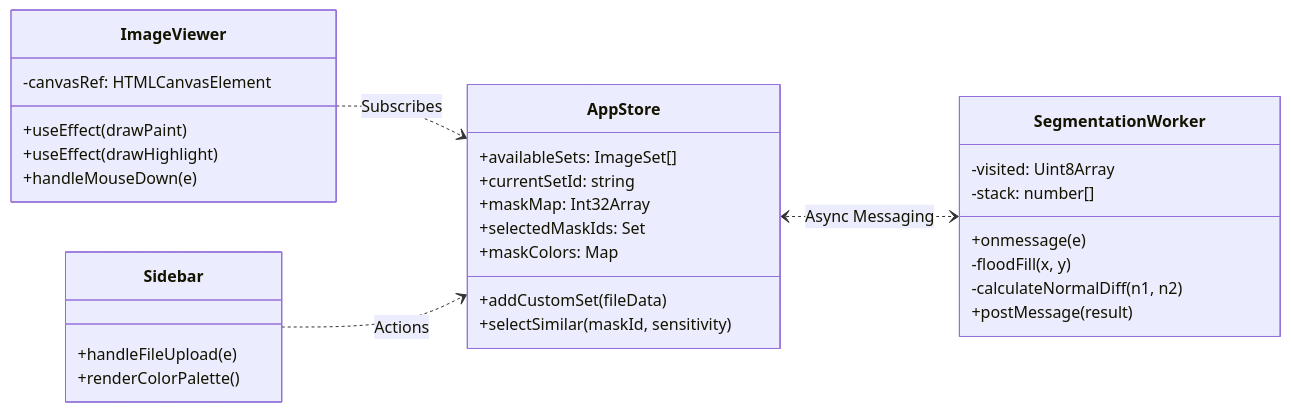
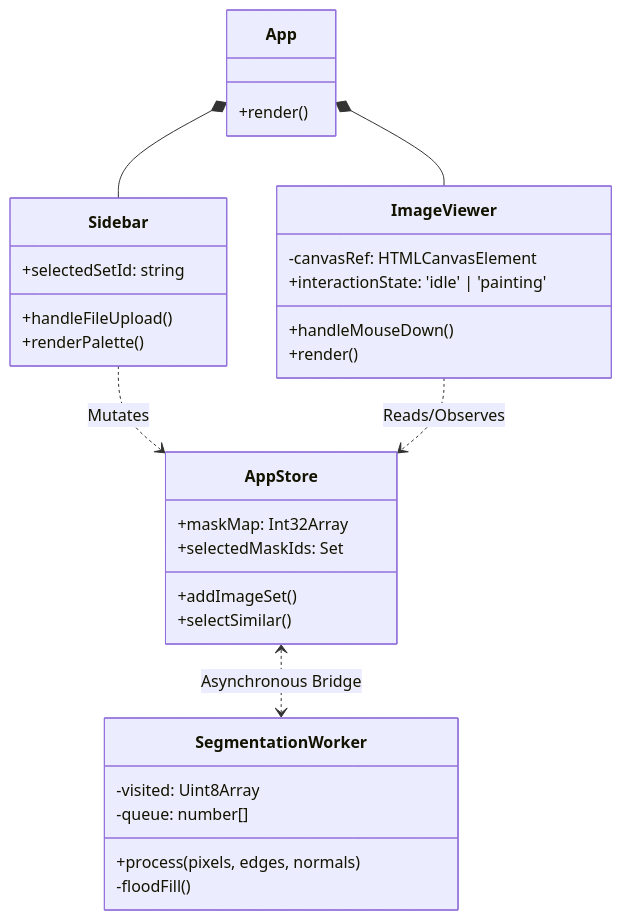
One commit to AbhinavGontu/ColorCraftInteractive changed the second of 6 diagrams in documentation.md. Above: the diagram before and after it, drawn with Mermaid. The commit also changed other lines of this file, not shown here.

````diff
--- a/documentation.md
+++ b/documentation.md
@@ -54,38 +66,39 @@
 ```mermaid
 classDiagram
-    direction LR
+    direction TB
+    %% Core View Components
+    class App {
+        +render()
+    }
+    class Sidebar {
+        +selectedSetId: string
+        +handleFileUpload()
+        +renderPalette()
+    }
+    class ImageViewer {
+        -canvasRef: HTMLCanvasElement
+        +interactionState: 'idle' | 'painting'
+        +handleMouseDown()
+        +render()
+    }
+    
+    %% Logic & State
     class AppStore {
-        +availableSets: ImageSet[]
-        +currentSetId: string
         +maskMap: Int32Array
         +selectedMaskIds: Set<number>
-        +maskColors: Map<number, string>
-        +addCustomSet(fileData)
-        +selectSimilar(maskId, sensitivity)
+        +addImageSet()
+        +selectSimilar()
+    }
+    class SegmentationWorker {
+        -visited: Uint8Array
+        -queue: number[]
+        +process(pixels, edges, normals)
+        -floodFill()
     }
 
-    class SegmentationWorker {
-        -visited: Uint8Array
-        -stack: number[]
-        +onmessage(e)
-        -floodFill(x, y)
-        -calculateNormalDiff(n1, n2)
-        +postMessage(result)
-    }
-
-    class ImageViewer {
-        -canvasRef: HTMLCanvasElement
-        +useEffect(drawPaint)
-        +useEffect(drawHighlight)
-        +handleMouseDown(e)
-    }
-
-    class Sidebar {
-        +handleFileUpload(e)
-        +renderColorPalette()
-    }
-
-    ImageViewer ..> AppStore : Subscribes
-    Sidebar ..> AppStore : Actions
-    AppStore <..> SegmentationWorker : Async Messaging
+    App *-- Sidebar
+    App *-- ImageViewer
+    Sidebar ..> AppStore : Mutates
+    ImageViewer ..> AppStore : Reads/Observes
+    AppStore <..> SegmentationWorker : Asynchronous Bridge
 ```
````
